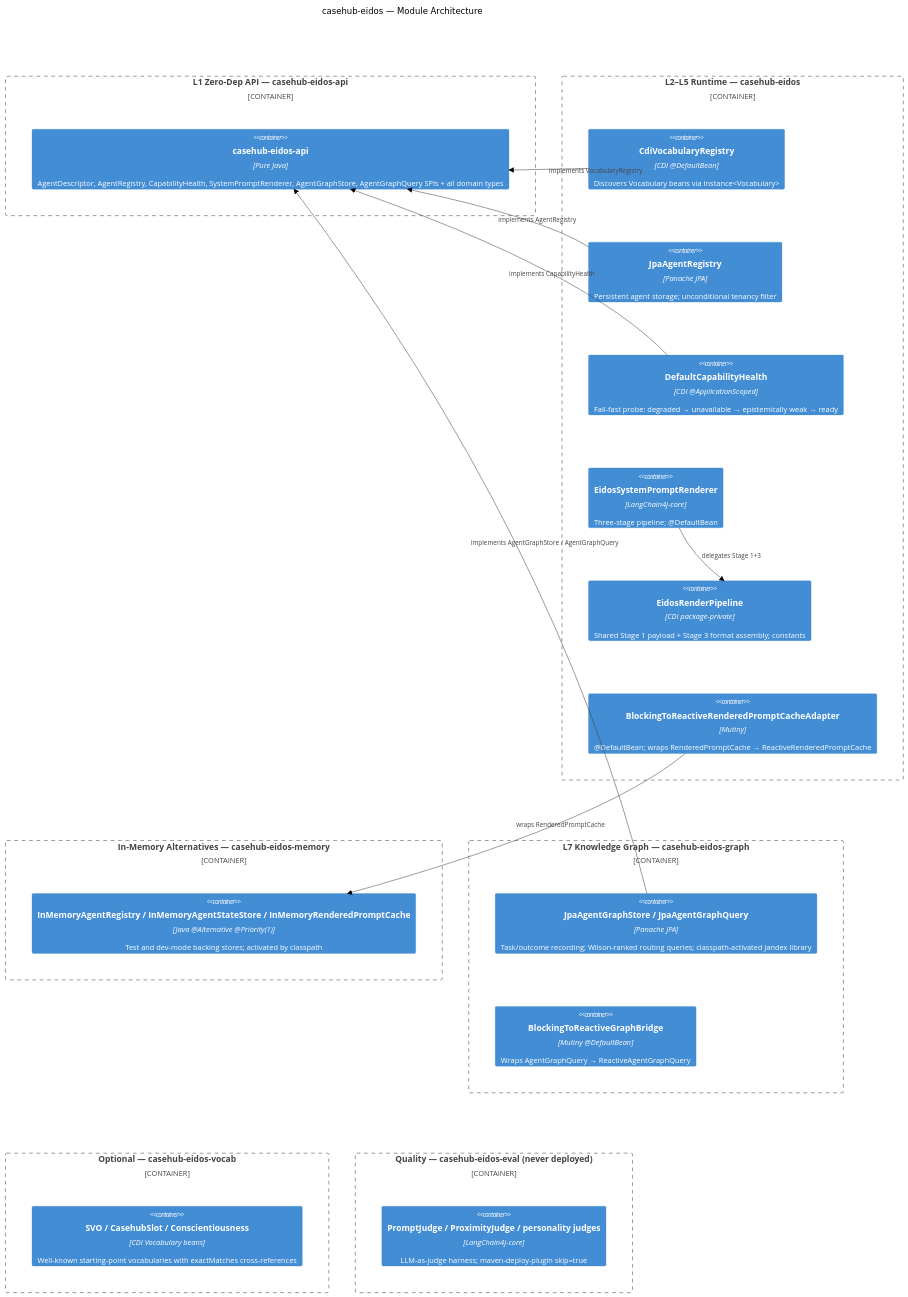
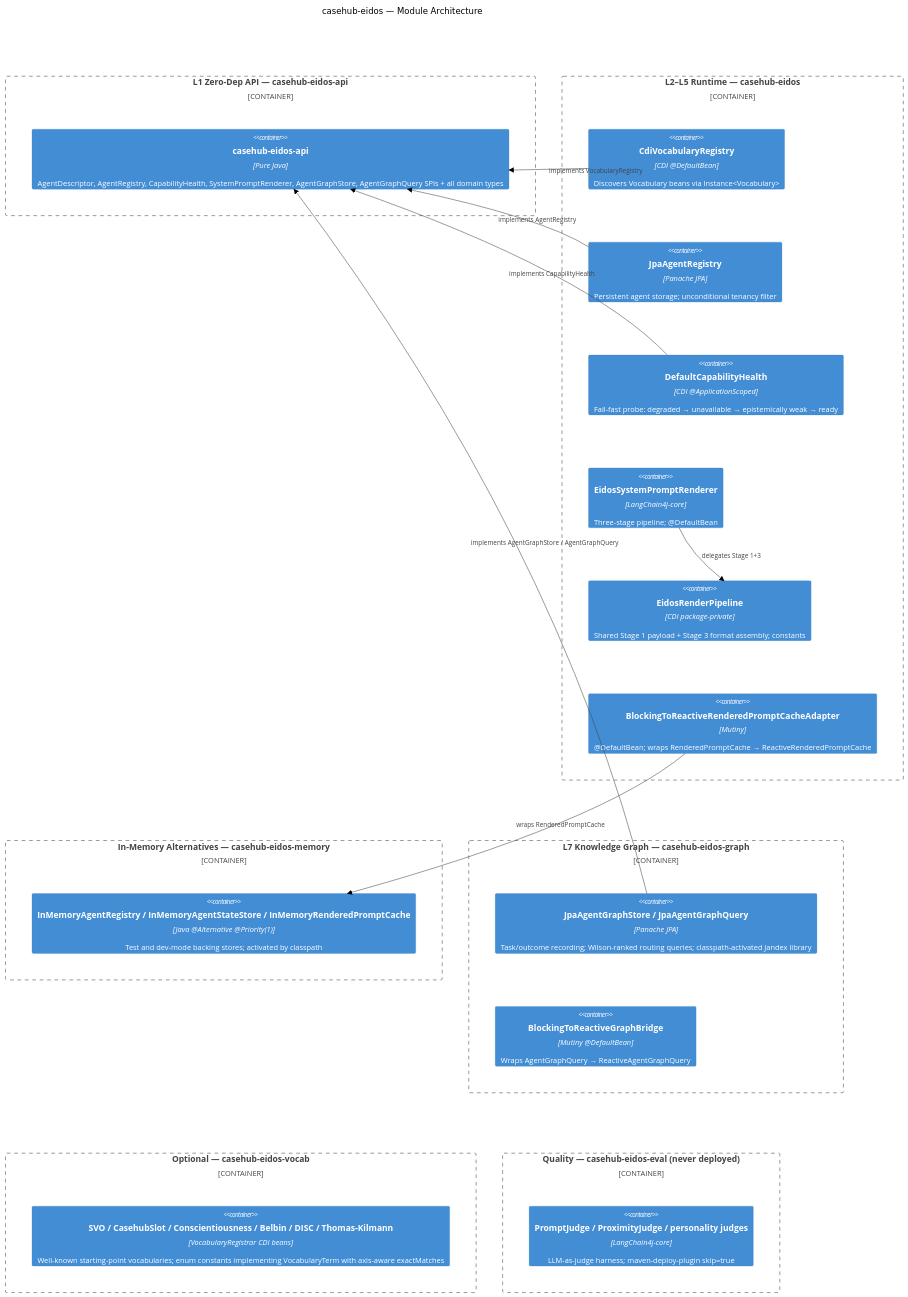
The second of 7 diagrams in ARC42STORIES.MD (mdproctor/wsp-casehub-eidos), drawn with Mermaid (neutral theme) before and after one commit. The commit also changed other lines of this file, not shown here.

Commit message:
docs: reconstitute ARC42STORIES.MD — L2 vocab enum redesign, L5 capability discrimination/enrichment/briefing/enriched, L6 eval improvements; §13 glossary additions

````diff
--- a/ARC42STORIES.MD
+++ b/ARC42STORIES.MD
@@ -149,41 +149,41 @@
 ```mermaid
 C4Container
   title casehub-eidos — Module Architecture
 
   Container_Boundary(api_b, "L1 Zero-Dep API — casehub-eidos-api") {
     Container(api, "casehub-eidos-api", "Pure Java", "AgentDescriptor, AgentRegistry, CapabilityHealth, SystemPromptRenderer, AgentGraphStore, AgentGraphQuery SPIs + all domain types")
   }
 
   Container_Boundary(runtime_b, "L2–L5 Runtime — casehub-eidos") {
     Container(vocab_cdi, "CdiVocabularyRegistry", "CDI @DefaultBean", "Discovers Vocabulary beans via Instance<Vocabulary>")
     Container(jpa_reg, "JpaAgentRegistry", "Panache JPA", "Persistent agent storage; unconditional tenancy filter")
     Container(cap_h, "DefaultCapabilityHealth", "CDI @ApplicationScoped", "Fail-fast probe: degraded → unavailable → epistemically weak → ready")
     Container(renderer, "EidosSystemPromptRenderer", "LangChain4j-core", "Three-stage pipeline; @DefaultBean")
     Container(pipeline, "EidosRenderPipeline", "CDI package-private", "Shared Stage 1 payload + Stage 3 format assembly; constants")
     Container(cache_bridge, "BlockingToReactiveRenderedPromptCacheAdapter", "Mutiny", "@DefaultBean; wraps RenderedPromptCache → ReactiveRenderedPromptCache")
   }
 
   Container_Boundary(memory_b, "In-Memory Alternatives — casehub-eidos-memory") {
     Container(mem_all, "InMemoryAgentRegistry / InMemoryAgentStateStore / InMemoryRenderedPromptCache", "Java @Alternative @Priority(1)", "Test and dev-mode backing stores; activated by classpath")
   }
 
   Container_Boundary(graph_b, "L7 Knowledge Graph — casehub-eidos-graph") {
     Container(jpa_graph, "JpaAgentGraphStore / JpaAgentGraphQuery", "Panache JPA", "Task/outcome recording; Wilson-ranked routing queries; classpath-activated Jandex library")
     Container(graph_bridge, "BlockingToReactiveGraphBridge", "Mutiny @DefaultBean", "Wraps AgentGraphQuery → ReactiveAgentGraphQuery")
   }
 
   Container_Boundary(vocab_b, "Optional — casehub-eidos-vocab") {
-    Container(vocab, "SVO / CasehubSlot / Conscientiousness", "CDI Vocabulary beans", "Well-known starting-point vocabularies with exactMatches cross-references")
+    Container(vocab, "SVO / CasehubSlot / Conscientiousness / Belbin / DISC / Thomas-Kilmann", "VocabularyRegistrar CDI beans", "Well-known starting-point vocabularies; enum constants implementing VocabularyTerm with axis-aware exactMatches")
   }
 
   Container_Boundary(eval_b, "Quality — casehub-eidos-eval (never deployed)") {
     Container(eval, "PromptJudge / ProximityJudge / personality judges", "LangChain4j-core", "LLM-as-judge harness; maven-deploy-plugin skip=true")
   }
 
   Rel(vocab_cdi, api, "implements VocabularyRegistry")
   Rel(jpa_reg, api, "implements AgentRegistry")
   Rel(cap_h, api, "implements CapabilityHealth")
   Rel(renderer, pipeline, "delegates Stage 1+3")
   Rel(cache_bridge, mem_all, "wraps RenderedPromptCache")
   Rel(jpa_graph, api, "implements AgentGraphStore / AgentGraphQuery")
 ```
````
